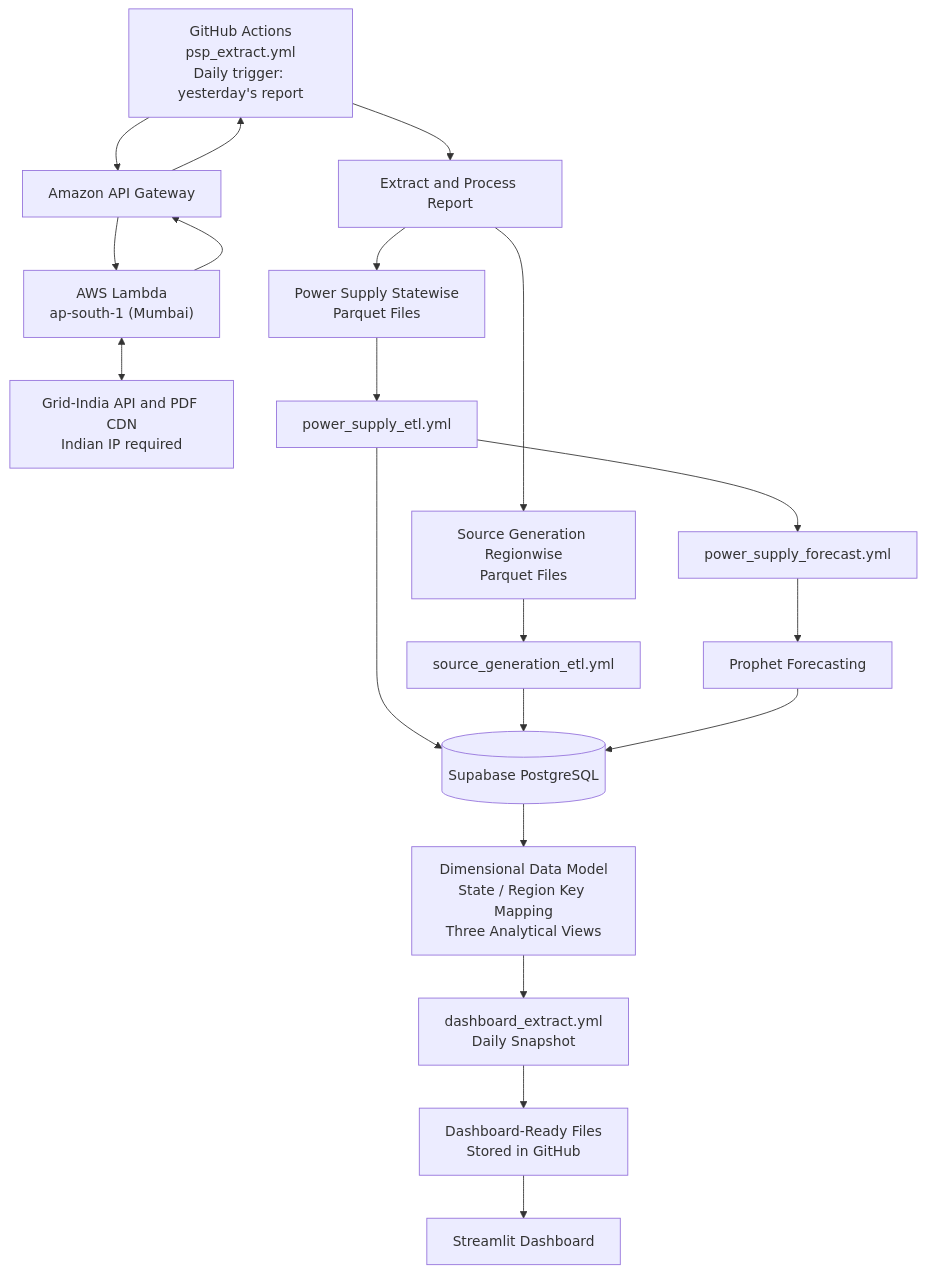
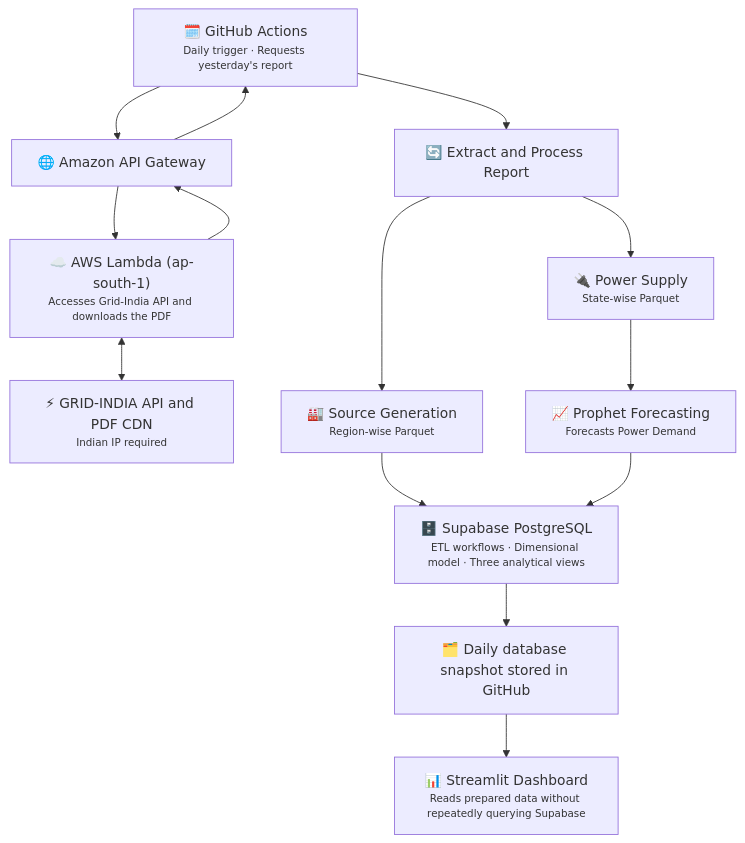
The diagram in README.md (tanmaymelanta/ElectricityGrid), drawn with Mermaid before and after one commit. The commit also changed other lines of this file, not shown here.

````diff
--- a/README.md
+++ b/README.md
@@ -7,29 +7,31 @@
 ```mermaid
 flowchart TD
-    A["GitHub Actions<br/>psp_extract.yml<br/>Daily trigger: yesterday's report"] --> B["Amazon API Gateway"]
-    B --> C["AWS Lambda<br/>ap-south-1 (Mumbai)"]
-    C <--> D["Grid-India API and PDF CDN<br/>Indian IP required"]
+    A["🗓️ GitHub Actions<p style="font-size: 0.75rem;">Daily trigger · Requests yesterday's report</p>"]
+    B["🌐 Amazon API Gateway"]
+    C["☁️ AWS Lambda (ap-south-1)<p style="font-size: 0.75rem;">Accesses Grid-India API and downloads the PDF</p>"]
+    D["⚡ GRID-INDIA API and PDF CDN<p style="font-size: 0.75rem;">Indian IP required</p>"]
+    E["🔄 Extract and Process Report"]
+    F["🔌 Power Supply<p style="font-size: 0.75rem;">State-wise Parquet</p>"]
+    G["🏭 Source Generation<p style="font-size: 0.75rem;">Region-wise Parquet</p>"]
+    H["📈 Prophet Forecasting<p style="font-size: 0.75rem;">Forecasts Power Demand</p>"]
+    I["🗄️ Supabase PostgreSQL<p style="font-size: 0.75rem;">ETL workflows · Dimensional model · Three analytical views</p>"]
+    J["🗂️ Daily database snapshot stored in GitHub"]
+    K["📊 Streamlit Dashboard<p style="font-size: 0.75rem;">Reads prepared data without repeatedly querying Supabase</p>"]
+
+    A --> B
+    B --> C
+    C <--> D
     C --> B
     B --> A
+    A --> E
 
-    A --> E["Extract and Process Report"]
+    E --> F
+    E --> G
 
-    E --> F["Power Supply Statewise<br/>Parquet Files"]
-    E --> G["Source Generation Regionwise<br/>Parquet Files"]
+    F --> H
+    G --> I
+    H --> I
 
-    F --> H["power_supply_etl.yml"]
-    G --> I["source_generation_etl.yml"]
-
-    H --> J[("Supabase PostgreSQL")]
     I --> J
-
-    H --> K["power_supply_forecast.yml"]
-    K --> L["Prophet Forecasting"]
-    L --> J
-
-    J --> M["Dimensional Data Model<br/>State / Region Key Mapping<br/>Three Analytical Views"]
-
-    M --> N["dashboard_extract.yml<br/>Daily Snapshot"]
-    N --> O["Dashboard-Ready Files<br/>Stored in GitHub"]
-    O --> P["Streamlit Dashboard"]
+    J --> K
 ```
````
